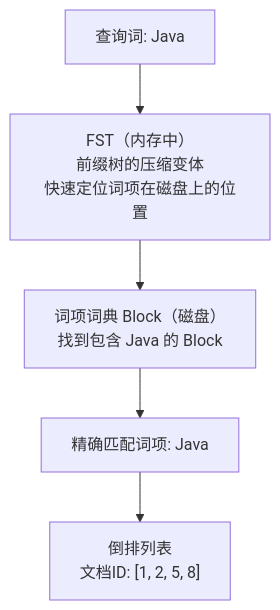
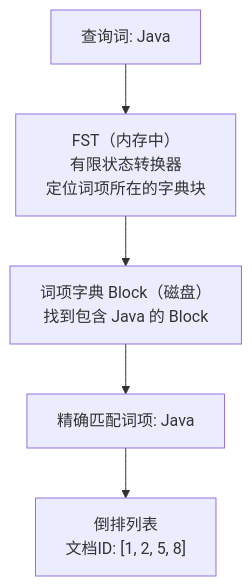
One commit to b1tzer/the-stack changed the third of 5 diagrams in docs/elasticsearch/02-indexing/chapter-06-inverted-index.md. Above: the diagram before and after it, drawn with Mermaid. The commit also changed other lines of this file and 5 other files, not shown here.

````diff
--- a/docs/elasticsearch/02-indexing/chapter-06-inverted-index.md
+++ b/docs/elasticsearch/02-indexing/chapter-06-inverted-index.md
@@ -95,7 +94,7 @@
 ```mermaid
 flowchart TD
-    Query["查询词: Java"] --> FST["FST（内存中）<br>前缀树的压缩变体<br>快速定位词项在磁盘上的位置"]
-    FST --> Block["词项词典 Block（磁盘）<br>找到包含 Java 的 Block"]
+    Query["查询词: Java"] --> FST["FST（内存中）<br>有限状态转换器<br>定位词项所在的字典块"]
+    FST --> Block["词项字典 Block（磁盘）<br>找到包含 Java 的 Block"]
     Block --> Term["精确匹配词项: Java"]
     Term --> PL["倒排列表<br>文档ID: [1, 2, 5, 8]"]
 ```
````
